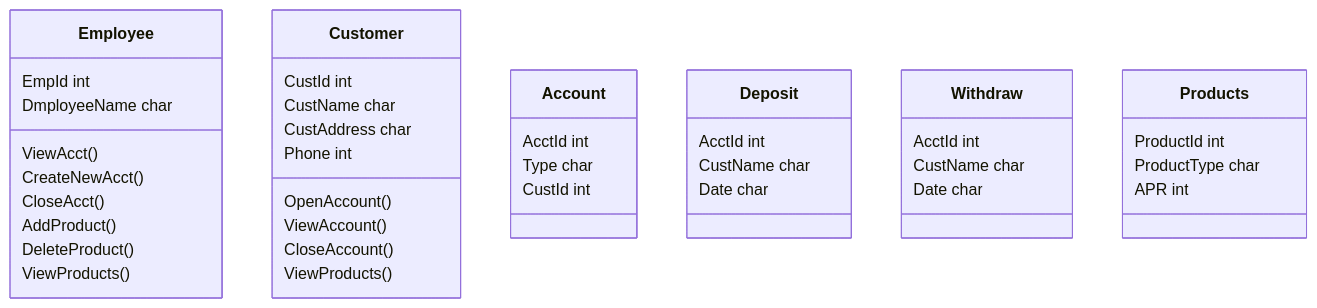
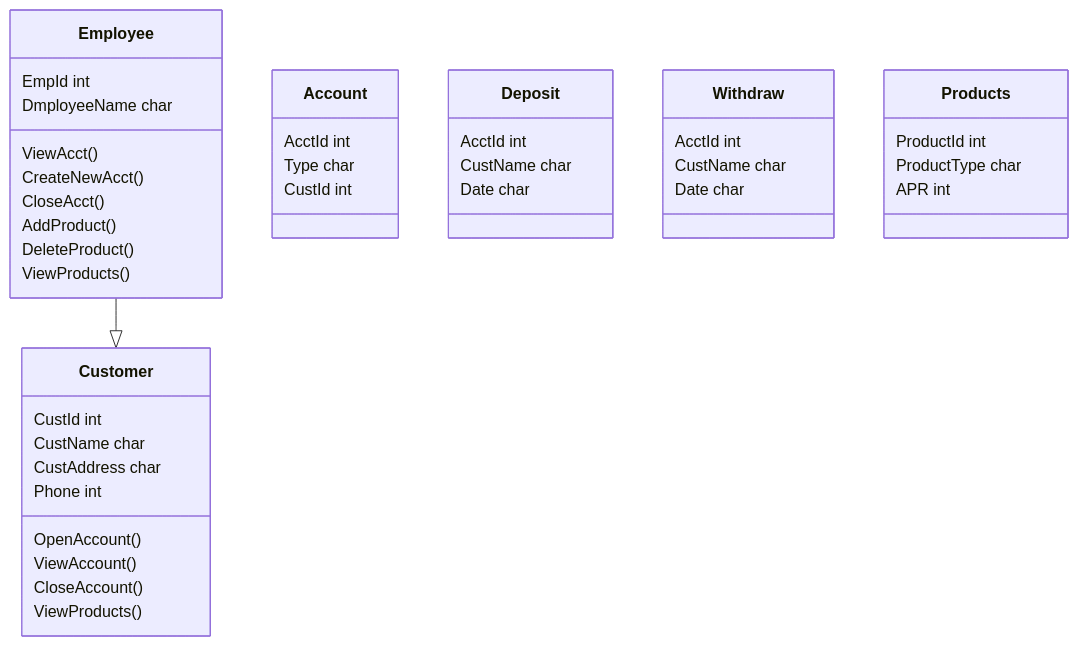
One commit to Marcus-Snell/Test changed the diagram in mermaid.md. Above: the diagram before and after it, drawn with Mermaid.

````diff
--- a/mermaid.md
+++ b/mermaid.md
@@ -1,42 +1,42 @@
 ```mermaid
 classDiagram
-Employee 
+Employee --|> Customer
 Employee : EmpId int
 Employee : DmployeeName char
 Employee : ViewAcct()
 Employee : CreateNewAcct()
 Employee : CloseAcct()
 Employee : AddProduct()
 Employee : DeleteProduct()
 Employee : ViewProducts()
 
 Customer
 Customer : CustId int
 Customer : CustName char
 Customer : CustAddress char
 Customer : Phone int
 Customer : OpenAccount()
 Customer : ViewAccount()
 Customer : CloseAccount()
 Customer : ViewProducts()
 
 Account
 Account : AcctId int
 Account : Type char
 Account : CustId int
 
 Deposit
 Deposit : AcctId int
 Deposit : CustName char
 Deposit : Date char
 
 Withdraw
 Withdraw : AcctId int
 Withdraw : CustName char
 Withdraw : Date char
 
 Products
 Products : ProductId int
 Products : ProductType char
 Products : APR int
 ```
````
